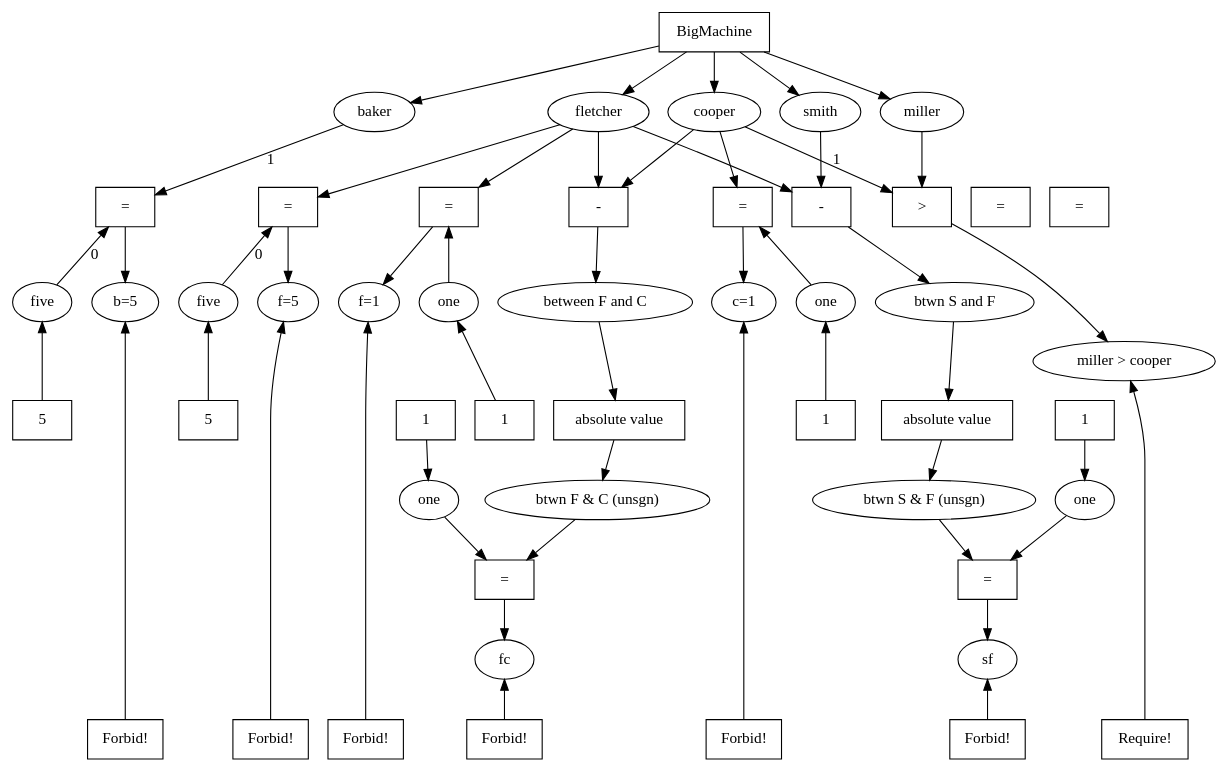
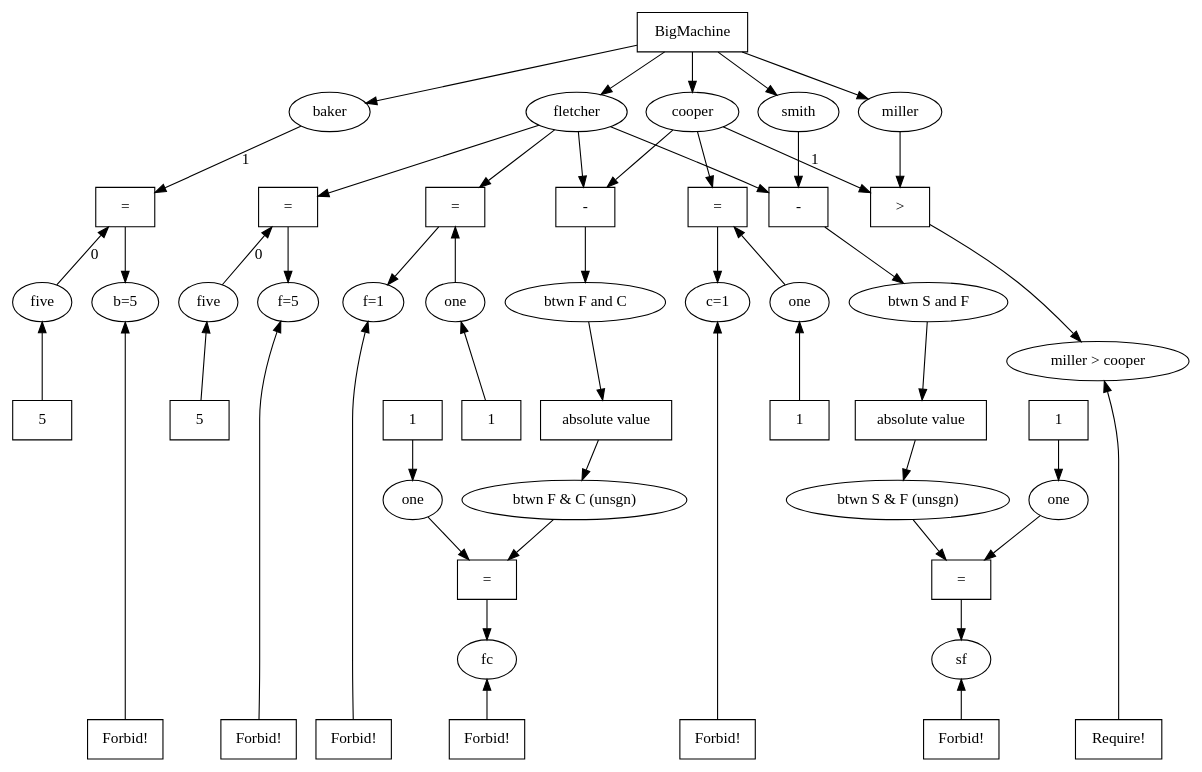
One commit to ProjectMAC/propagators changed the diagram in explorations/graphics/mdonemachine.dot. Above: the diagram before and after it, drawn with Graphviz.

Commit message:
killed off extra "="'s Almost done

```diff
--- a/explorations/graphics/mdonemachine.dot
+++ b/explorations/graphics/mdonemachine.dot
@@ -1,115 +1,113 @@
 digraph G {
   ratio=fill;
   "(variable) 11" [label="baker", shape="ellipse", rank="people" ];
   "(propagator) 12" [label="=", shape="box" ];
-   { rank=same; "(propagator) 12"; "(propagator) 14"; "(propagator) 18"; "(propagator) 43"; "(propagator) 34"; "(propagator) 37"; "(propagator) 147" };
+   { rank=same; "(propagator) 12"; "(propagator) 14"; "(propagator) 18"; "(propagator) 34"; "(propagator) 37"; };
    { rank=same; "(variable) 130"; "(variable) 131"; "(variable) 238"; "(variable) 241" }; 
    { rank=same; "(propagator) 240"; "(propagator) 241"; "(propagator) 401"; "(propagator) 402"; "(propagator) 403"; };
 
   "(propagator) 240" [label="5", shape="box" ];
   "(variable) 130" -> "(propagator) 240" [label="", dir=back, ];
   "(variable) 130" [label="five", shape="ellipse" ];
   "(propagator) 241" [label="5", shape="box" ];
   "(variable) 131" -> "(propagator) 241" [label="", dir=back, ];
   "(variable) 131" [label="five", shape="ellipse" ];
 
   "(variable) 130" -> "(propagator) 12" [label=0 ];
   "(variable) 131" -> "(propagator) 14" [label=0 ];
 
   "(propagator) 14" [label="=", shape="box" ];
   "(variable) 15" -> "(propagator) 14" [label="" ];
   "(variable) 15" [label="fletcher", shape="ellipse", rank="people" ];
   "(propagator) 16" [label="-", shape="box" ];
   "(variable) 15" -> "(propagator) 16" [label="" ];
   "(variable) 17" -> "(propagator) 16" [label="" ];
   "(variable) 17" [label="cooper", shape="ellipse", rank="people" ];
   "(propagator) 18" [label=">", shape="box" ];
   "(variable) 19" -> "(propagator) 18" [label="" ];
   "(variable) 19" [label="miller", shape="ellipse", rank="people" ];
   "(variable) 21" [label="smith", shape="ellipse", rank="people" ];
    { rank=same; "(variable) 11"; "(variable) 15"; "(variable) 17"; "(variable) 19"; "(variable) 21" }; 
   "(propagator) 22" [label="-", shape="box" ];
   "(variable) 21" -> "(propagator) 22" [label="" ];
   "(variable) 15" -> "(propagator) 22" [label="" ];
   "(propagator) 22" -> "(variable) 23" [label="" ];
   "(variable) 23" [label="btwn S and F", shape="ellipse" ];
   "(propagator) 24" [label="absolute value", shape="box" ];
   "(variable) 23" -> "(propagator) 24" [label="" ];
   "(propagator) 24" -> "(variable) 25" [label="" ];
   "(variable) 25" [label="btwn S & F (unsgn)", shape="ellipse" ];
   "(propagator) 26" [label="=", shape="box" ];
   "(variable) 207" -> "(propagator) 26" [label="" ];
    { rank=same; "(variable) 209"; "(variable) 210"; "(variable) 35"; "(variable) 38" }; 
 
   "(propagator) 400" [label="1", shape="box" ];
   "(propagator) 400" -> "(variable) 207" [label="" ];
   "(variable) 207" [label="one", shape="ellipse" ];
   "(propagator) 401" [label="1", shape="box" ];
   "(propagator) 401" -> "(variable) 208" [label="" ];
   "(variable) 208" [label="one", shape="ellipse" ];
   "(propagator) 402" [label="1", shape="box" ];
    "(variable) 209" -> "(propagator) 402" [label="", dir=back, ];
   "(variable) 209" [label="one", shape="ellipse" ];
   "(propagator) 403" [label="1", shape="box" ];
   "(variable) 210" -> "(propagator) 403"  [label="", dir=back ];
   "(variable) 210" [label="one", shape="ellipse" ];
 
   "(propagator) 28" [label="=", shape="box" ];
   "(variable) 208" -> "(propagator) 28" [label="" ];
   "(variable) 29" -> "(propagator) 28" [label="" ];
   "(variable) 29" [label="btwn F & C (unsgn)", shape="ellipse" ];
   "(propagator) 30" [label="absolute value", shape="box" ];
   "(variable) 31" -> "(propagator) 30" [label="" ];
-  "(variable) 31" [label="between F and C", shape="ellipse" ];
+  "(variable) 31" [label="btwn F and C", shape="ellipse" ];
   "(propagator) 30" -> "(variable) 29" [label="" ];
   "(propagator) 28" -> "(variable) 32" [label="" ];
   "(variable) 32" [label="fc", shape="ellipse" ];
    { rank=max; "(propagator) 33"; "(propagator) 36"; "(propagator) 39"; "(propagator) 42"; "(propagator) 146"; "(propagator) 239"; "(propagator) 242" };
   "(propagator) 33" [label="Forbid!", shape="box", rank="forbid" ];
   "(propagator) 33" -> "(variable) 32" [label="" ];
   "(propagator) 34" [label="=", shape="box" ];
   "(variable) 209" -> "(propagator) 34" [label="" ];
   "(variable) 15" -> "(propagator) 34" [label="" ];
   "(propagator) 34" -> "(variable) 35" [label="" ];
   "(variable) 35" [label="f=1", shape="ellipse" ];
   "(propagator) 36" [label="Forbid!", shape="box", rank="forbid" ];
   "(propagator) 36" -> "(variable) 35" [label="" ];
   "(propagator) 37" [label="=", shape="box" ];
   "(variable) 210" -> "(propagator) 37" [label="" ];
   "(variable) 17" -> "(propagator) 37" [label="" ];
   "(propagator) 37" -> "(variable) 38" [label="" ];
   "(variable) 38" [label="c=1", shape="ellipse" ];
   "(propagator) 39" [label="Forbid!", shape="box", rank="forbid" ];
   "(propagator) 39" -> "(variable) 38" [label="" ];
   "(variable) 25" -> "(propagator) 26" [label="" ];
   "(propagator) 26" -> "(variable) 41" [label="" ];
   "(variable) 41" [label="sf", shape="ellipse" ];
   "(propagator) 42" [label="Forbid!", shape="box", rank="forbid" ];
   "(propagator) 42" -> "(variable) 41" [label="" ];
-  "(propagator) 43" [label="=", shape="box" ];
 
   "(propagator) 57" [label="BigMachine", shape="box" ];
   "(propagator) 57" -> "(variable) 21" [label="" ];
   "(propagator) 57" -> "(variable) 19" [label="" ];
   "(propagator) 57" -> "(variable) 17" [label="" ];
   "(propagator) 57" -> "(variable) 15" [label="" ];
   "(propagator) 57" -> "(variable) 11" [label="" ];
 
 
   "(variable) 17" -> "(propagator) 18" [label=1 ];
   "(propagator) 18" -> "(variable) 145" [label="" ];
   "(variable) 145" [label="miller > cooper", shape="ellipse" ];
   "(propagator) 146" [label="Require!", shape="box" ];
   "(propagator) 146" -> "(variable) 145" [label="" ];
-  "(propagator) 147" [label="=", shape="box" ];
   "(propagator) 16" -> "(variable) 31" [label="" ];
   "(propagator) 14" -> "(variable) 238" [label="" ];
   "(variable) 238" [label="f=5", shape="ellipse" ];
   "(propagator) 239" [label="Forbid!", shape="box", rank="forbid" ];
   "(propagator) 239" -> "(variable) 238" [label="" ];
   "(variable) 11" -> "(propagator) 12" [label=1 ];
   "(propagator) 12" -> "(variable) 241" [label="" ];
   "(variable) 241" [label="b=5", shape="ellipse" ];
   "(propagator) 242" [label="Forbid!", shape="box", rank="forbid" ];
   "(propagator) 242" -> "(variable) 241" [label="" ];
 }
```
